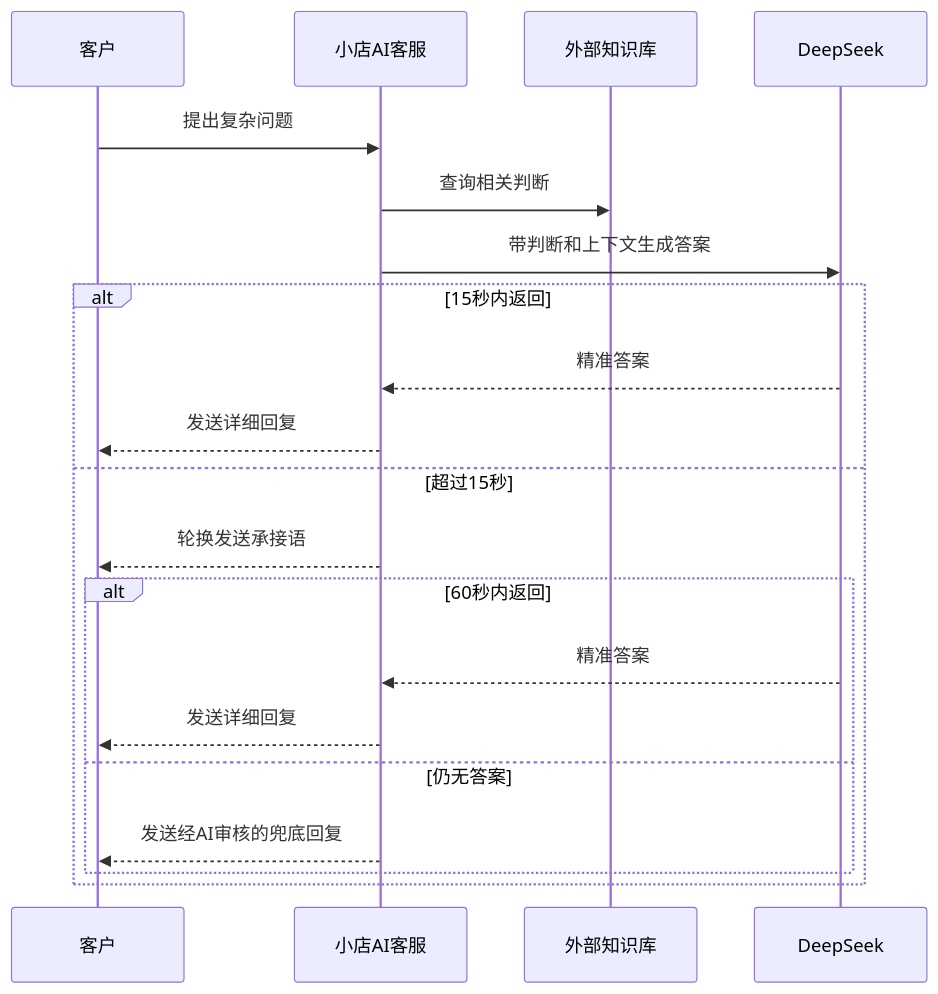
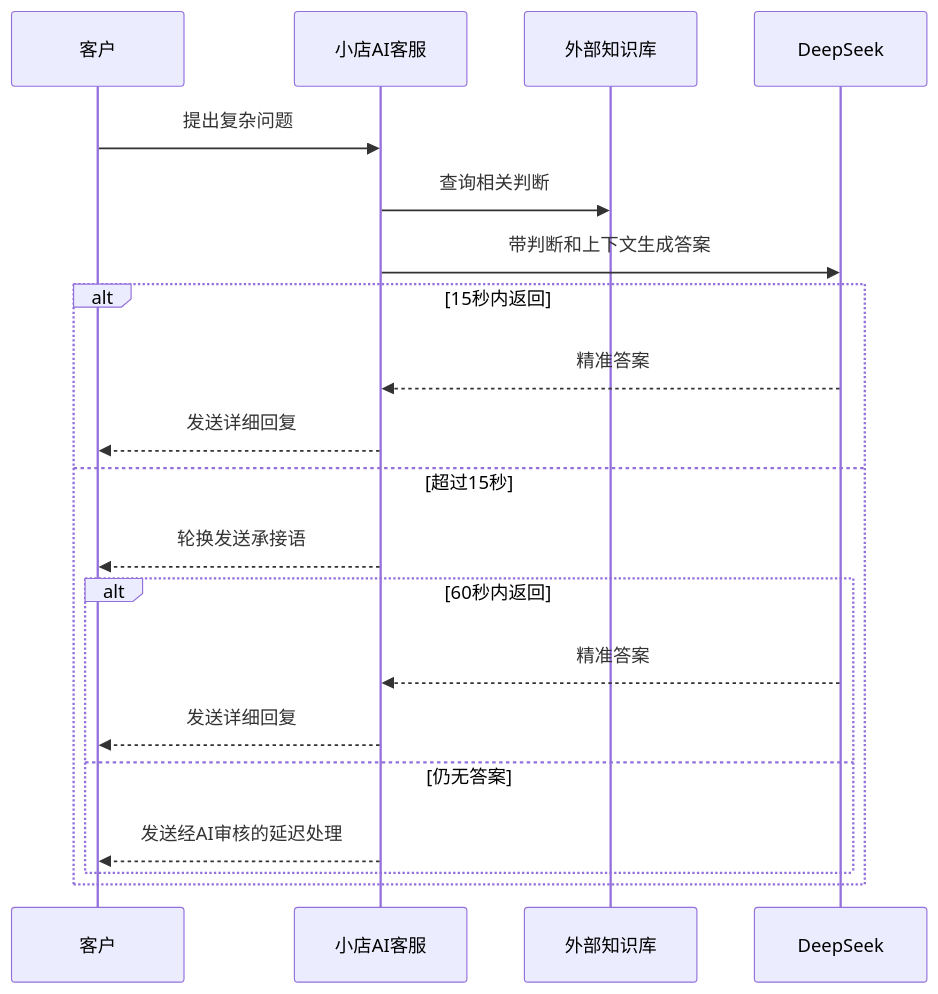
The seventh of 9 diagrams in docs/project-journey.md (JahanHe/wechat-autoreply), drawn with Mermaid before and after one commit. The commit also changed other lines of this file and 30 other files, not shown here.

Commit message:
feat: rebuild reply task flow for 0.4.4

````diff
--- a/docs/project-journey.md
+++ b/docs/project-journey.md
@@ -382,23 +382,23 @@
 ```mermaid
 sequenceDiagram
   participant Customer as 客户
   participant Bot as 小店AI客服
   participant Library as 外部知识库
   participant AI as DeepSeek
 
   Customer->>Bot: 提出复杂问题
   Bot->>Library: 查询相关判断
   Bot->>AI: 带判断和上下文生成答案
   alt 15秒内返回
     AI-->>Bot: 精准答案
     Bot-->>Customer: 发送详细回复
   else 超过15秒
     Bot-->>Customer: 轮换发送承接语
     alt 60秒内返回
       AI-->>Bot: 精准答案
       Bot-->>Customer: 发送详细回复
     else 仍无答案
-      Bot-->>Customer: 发送经AI审核的兜底回复
+      Bot-->>Customer: 发送经AI审核的延迟处理
     end
   end
 ```
````
